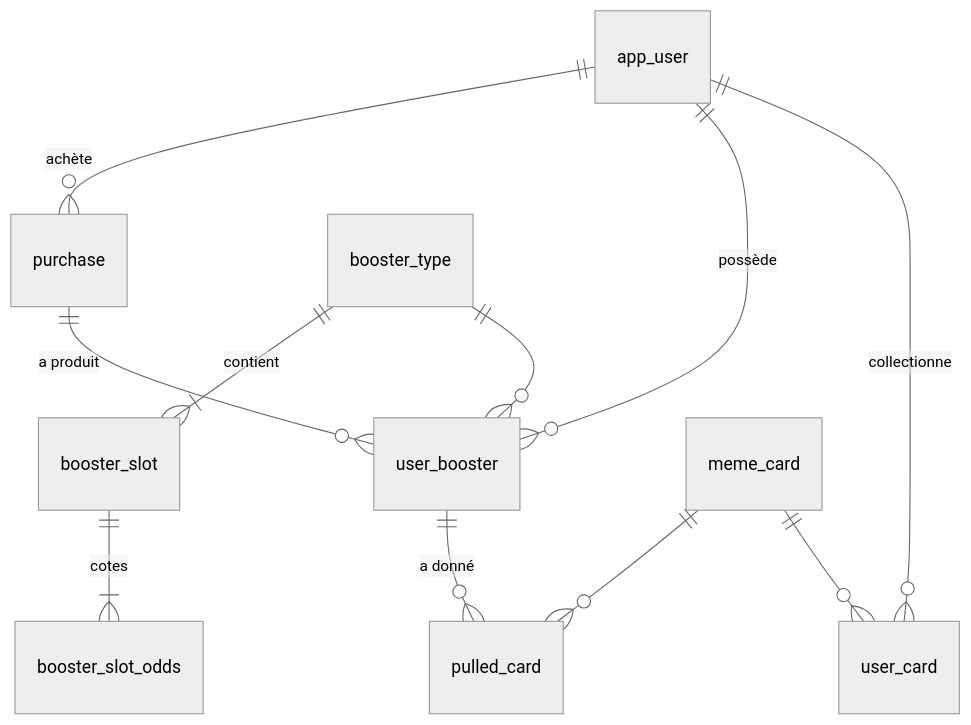
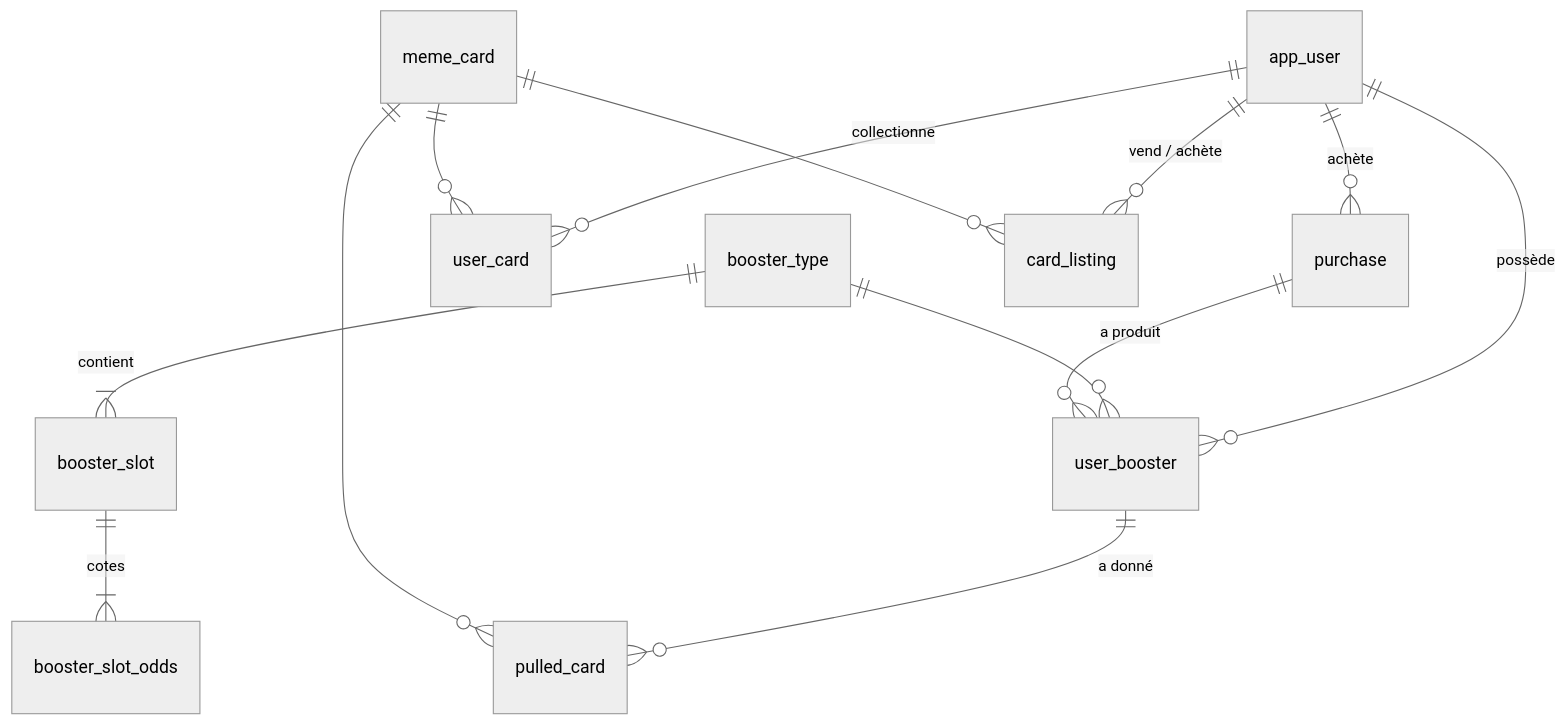
One commit to nassimJaz/chasing-clout-api changed the diagram in README.MD. Above: the diagram before and after it, drawn with Mermaid (neutral theme). The commit also changed other lines of this file and 24 other files, not shown here.

````diff
--- a/README.MD
+++ b/README.MD
@@ -26,13 +26,15 @@
 ```mermaid
 erDiagram
     app_user ||--o{ purchase : "achète"
     app_user ||--o{ user_booster : "possède"
     app_user ||--o{ user_card : "collectionne"
     booster_type ||--|{ booster_slot : "contient"
     booster_slot ||--|{ booster_slot_odds : "cotes"
     booster_type ||--o{ user_booster : ""
     purchase ||--o{ user_booster : "a produit"
     user_booster ||--o{ pulled_card : "a donné"
     meme_card ||--o{ pulled_card : ""
     meme_card ||--o{ user_card : ""
+    app_user ||--o{ card_listing : "vend / achète"
+    meme_card ||--o{ card_listing : ""
 ```
````
